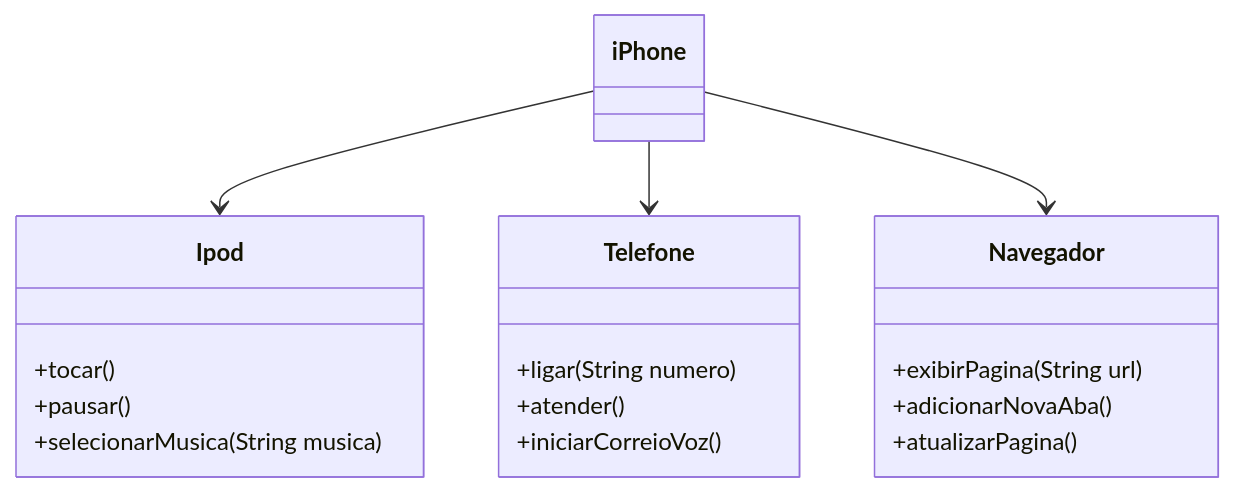
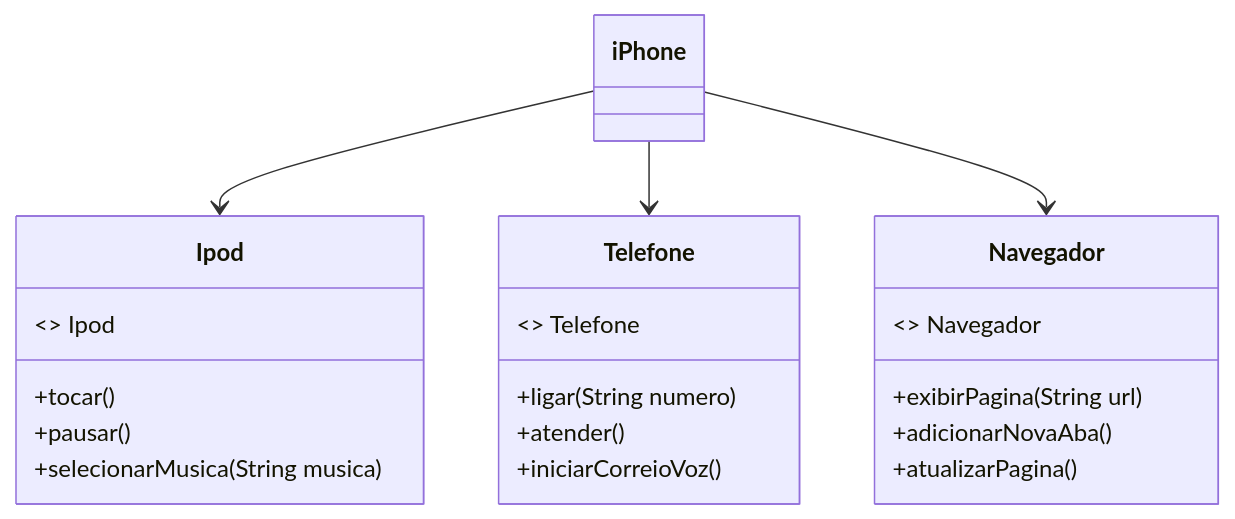
One commit to ericamila/iphone-uml changed the diagram in README.md. Above: the diagram before and after it, drawn with Mermaid.

Commit message:
Interface

````diff
--- a/README.md
+++ b/README.md
@@ -19,28 +19,31 @@
 ```mermaid
 classDiagram
     class Ipod {
+        <<Interface>> Ipod
         +tocar()
         +pausar()
         +selecionarMusica(String musica)
     }
 
     class Telefone {
+        <<Interface>> Telefone
         +ligar(String numero)
         +atender()
         +iniciarCorreioVoz()
     }
 
     class Navegador {
+        <<Interface>> Navegador
         +exibirPagina(String url)
         +adicionarNovaAba()
         +atualizarPagina()
     }
 
     class iPhone {
     
     }
 
     iPhone --> Ipod
     iPhone --> Telefone
     iPhone --> Navegador
 ```
````
